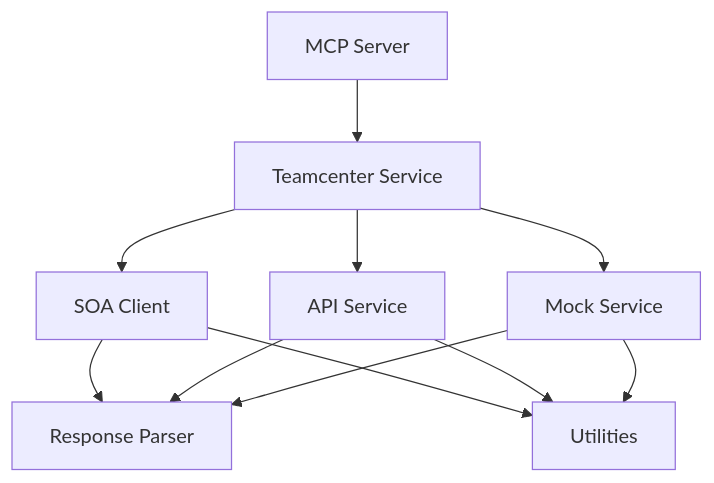
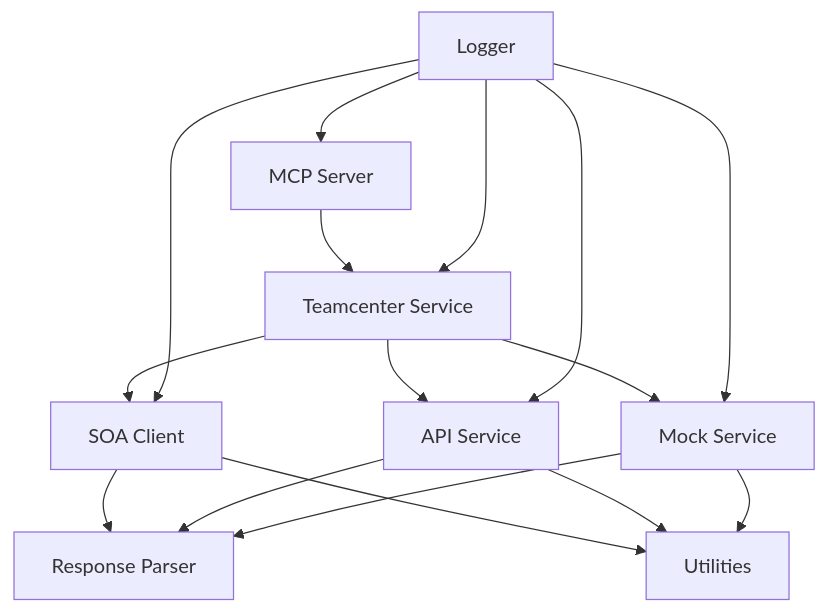
Before and after one commit to srgio-es/teamcenter-mcp-server: the diagram in memory-bank/systemPatterns.md, drawn with Mermaid. The commit also changed other lines of this file and 3 other files, not shown here.

````diff
--- a/memory-bank/systemPatterns.md
+++ b/memory-bank/systemPatterns.md
@@ -101,13 +107,18 @@
 ```mermaid
 graph TD
     A[MCP Server] --> B[Teamcenter Service]
     B --> C[SOA Client]
     B --> D[API Service]
     B --> E[Mock Service]
     C --> F[Response Parser]
     D --> F
     E --> F
     C --> G[Utilities]
     D --> G
     E --> G
+    H[Logger] --> A
+    H --> B
+    H --> C
+    H --> D
+    H --> E
 ```
````
